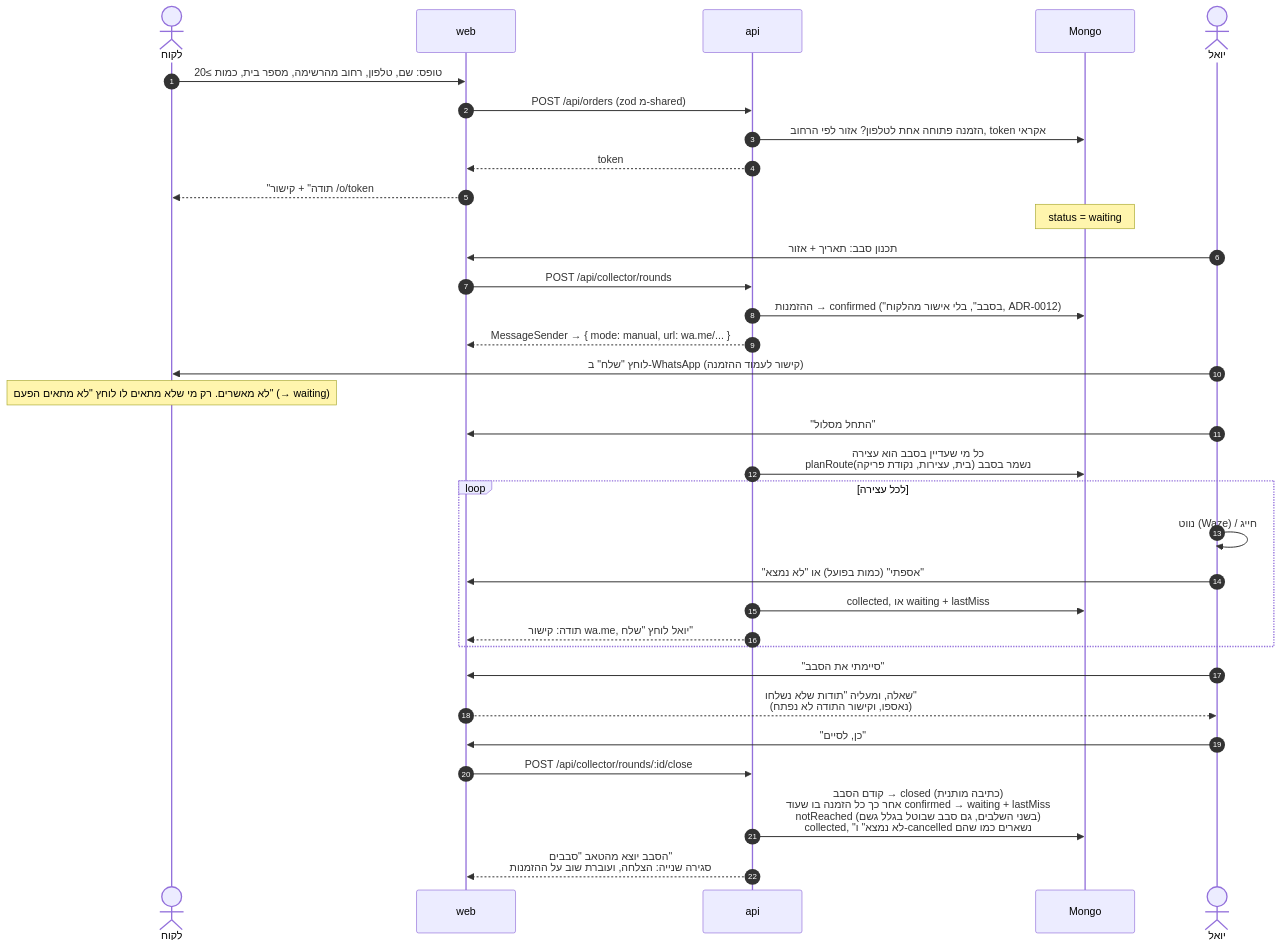
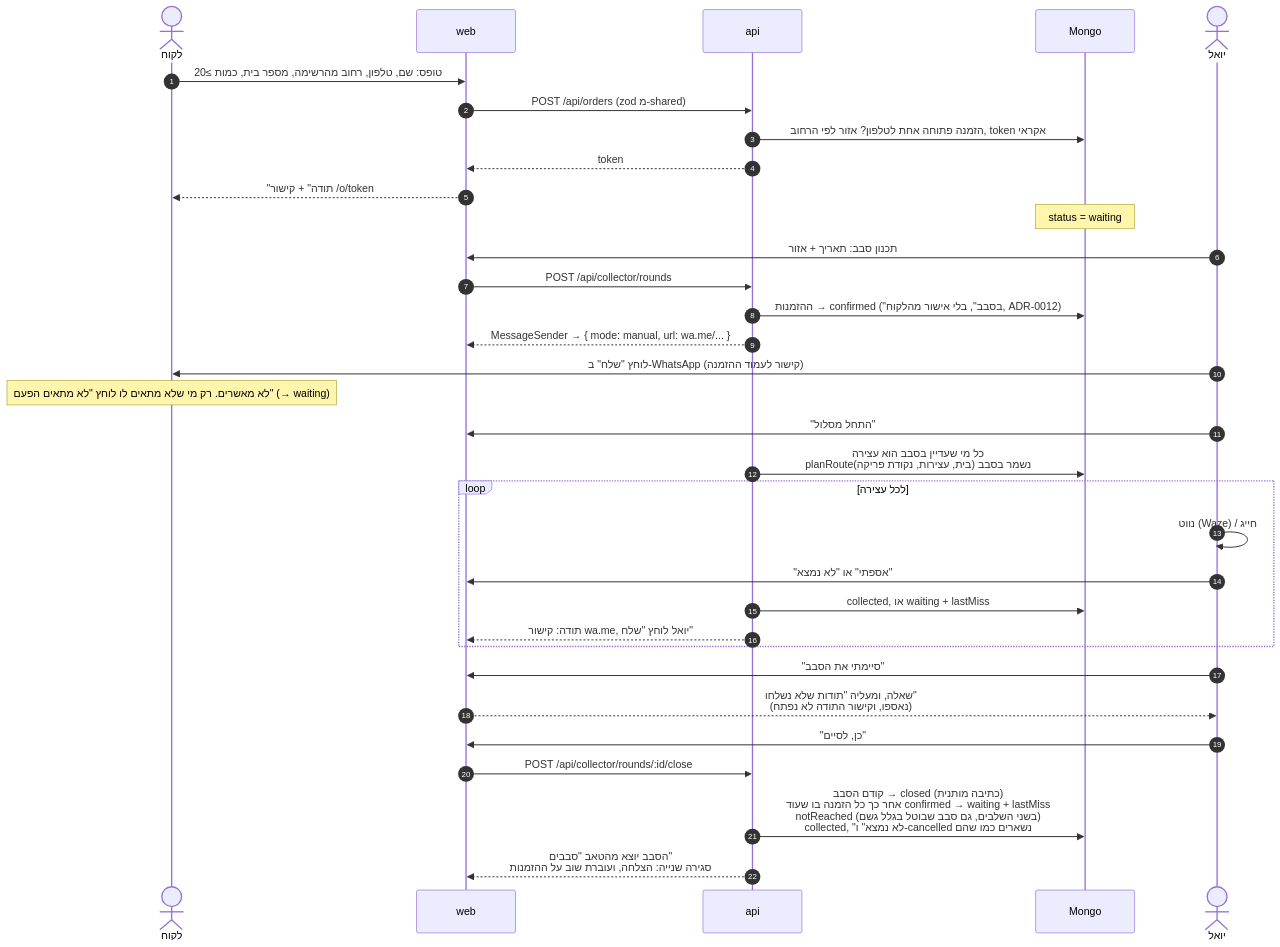
The second of 3 diagrams in ARCHITECTURE.md (uriel-s/Latet-od), drawn with Mermaid before and after one commit. The commit also changed other lines of this file and 12 other files, not shown here.

````diff
--- a/ARCHITECTURE.md
+++ b/ARCHITECTURE.md
@@ -61,38 +61,38 @@
 ```mermaid
 sequenceDiagram
     autonumber
     actor L as לקוח
     participant W as web
     participant A as api
     participant D as Mongo
     actor Y as יואל
 
     L->>W: טופס: שם, טלפון, רחוב מהרשימה, מספר בית, כמות ≥20
     W->>A: POST /api/orders (zod מ-shared)
     A->>D: הזמנה פתוחה אחת לטלפון? אזור לפי הרחוב, token אקראי
     A-->>W: token
     W-->>L: "תודה" + קישור /o/token
     Note over D: status = waiting
 
     Y->>W: תכנון סבב: תאריך + אזור
     W->>A: POST /api/collector/rounds
     A->>D: ההזמנות → confirmed ("בסבב", בלי אישור מהלקוח, ADR-0012)
     A-->>W: MessageSender → { mode: manual, url: wa.me/... }
     Y->>L: לוחץ "שלח" ב-WhatsApp (קישור לעמוד ההזמנה)
     Note over L: לא מאשרים. רק מי שלא מתאים לו לוחץ "לא מתאים הפעם" (→ waiting)
 
     Y->>W: "התחל מסלול"
     A->>D: כל מי שעדיין בסבב הוא עצירה<br/>planRoute(בית, עצירות, נקודת פריקה) נשמר בסבב
     loop לכל עצירה
         Y->>Y: נווט (Waze) / חייג
-        Y->>W: "אספתי" (כמות בפועל) או "לא נמצא"
+        Y->>W: "אספתי" או "לא נמצא"
         A->>D: collected, או waiting + lastMiss
         A-->>W: תודה: קישור wa.me, יואל לוחץ "שלח"
     end
     Y->>W: "סיימתי את הסבב"
     W-->>Y: שאלה, ומעליה "תודות שלא נשלחו"<br/>(נאספו, וקישור התודה לא נפתח)
     Y->>W: "כן, לסיים"
     W->>A: POST /api/collector/rounds/:id/close
     A->>D: קודם הסבב → closed (כתיבה מותנית)<br/>אחר כך כל הזמנה בו שעוד confirmed → waiting + lastMiss<br/>notReached (בשני השלבים, גם סבב שבוטל בגלל גשם)<br/>collected, "לא נמצא" ו-cancelled נשארים כמו שהם
     A-->>W: הסבב יוצא מהטאב "סבבים"<br/>סגירה שנייה: הצלחה, ועוברת שוב על ההזמנות
 ```
````
